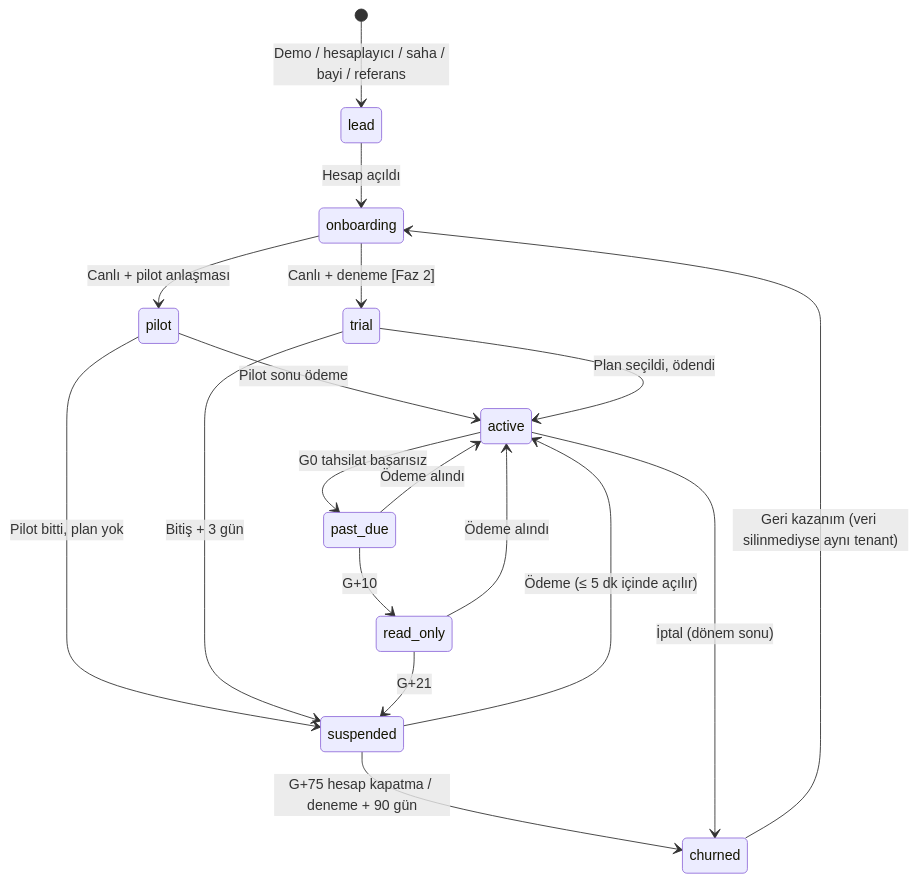
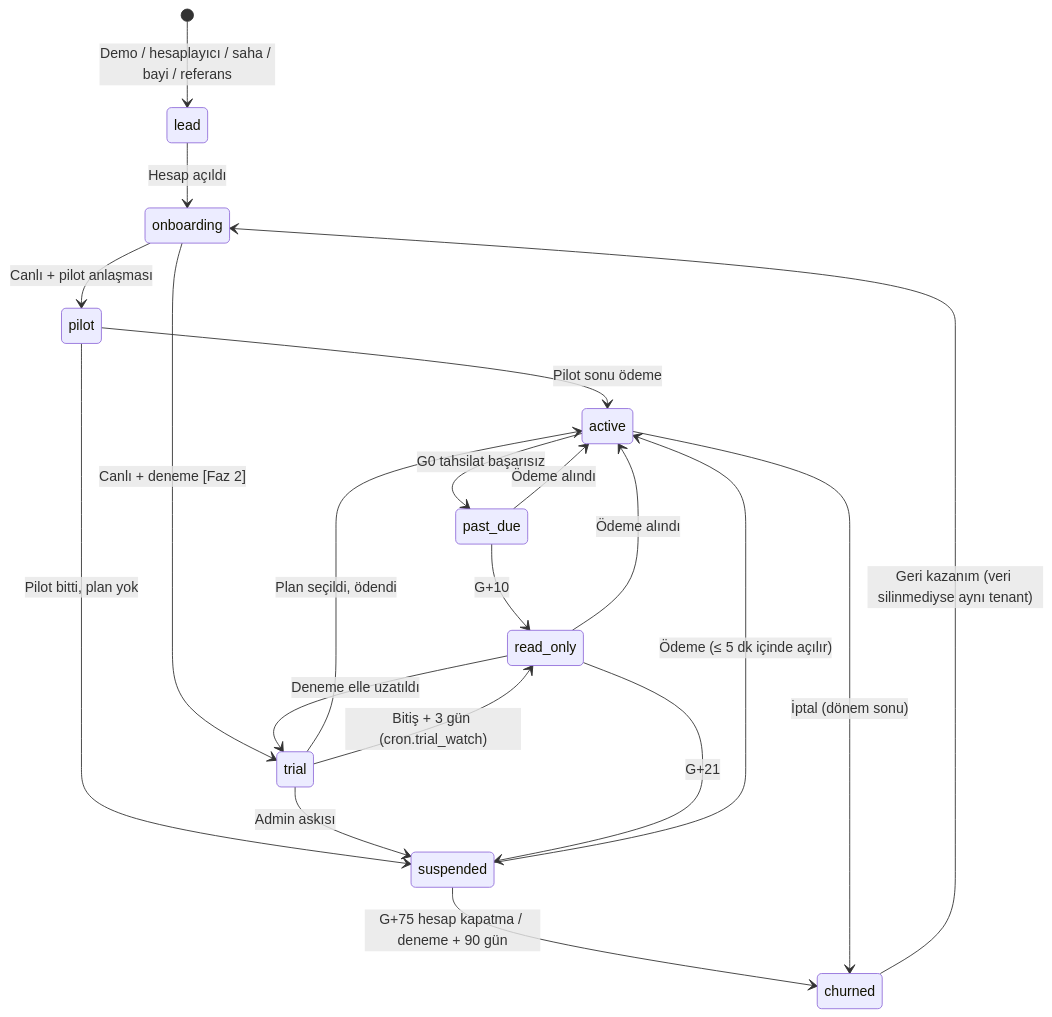
One commit to eraycaylak/siparisinonunde changed the first of 2 diagrams in docs/05-admin-paneli-ve-pazarlama-sitesi.md. Above: the diagram before and after it, drawn with Mermaid. The commit also changed other lines of this file and 66 other files, not shown here.

````diff
--- a/docs/05-admin-paneli-ve-pazarlama-sitesi.md
+++ b/docs/05-admin-paneli-ve-pazarlama-sitesi.md
@@ -63,20 +63,22 @@
 ```mermaid
 stateDiagram-v2
     [*] --> lead: Demo / hesaplayıcı / saha / bayi / referans
     lead --> onboarding: Hesap açıldı
     onboarding --> pilot: Canlı + pilot anlaşması
     onboarding --> trial: Canlı + deneme [Faz 2]
     pilot --> active: Pilot sonu ödeme
     pilot --> suspended: Pilot bitti, plan yok
     trial --> active: Plan seçildi, ödendi
-    trial --> suspended: Bitiş + 3 gün
+    trial --> read_only: Bitiş + 3 gün (cron.trial_watch)
+    trial --> suspended: Admin askısı
     active --> past_due: G0 tahsilat başarısız
     past_due --> active: Ödeme alındı
     past_due --> read_only: G+10
     read_only --> active: Ödeme alındı
+    read_only --> trial: Deneme elle uzatıldı
     read_only --> suspended: G+21
     suspended --> active: Ödeme (≤ 5 dk içinde açılır)
     suspended --> churned: G+75 hesap kapatma / deneme + 90 gün
     active --> churned: İptal (dönem sonu)
     churned --> onboarding: Geri kazanım (veri silinmediyse aynı tenant)
 ```
````
